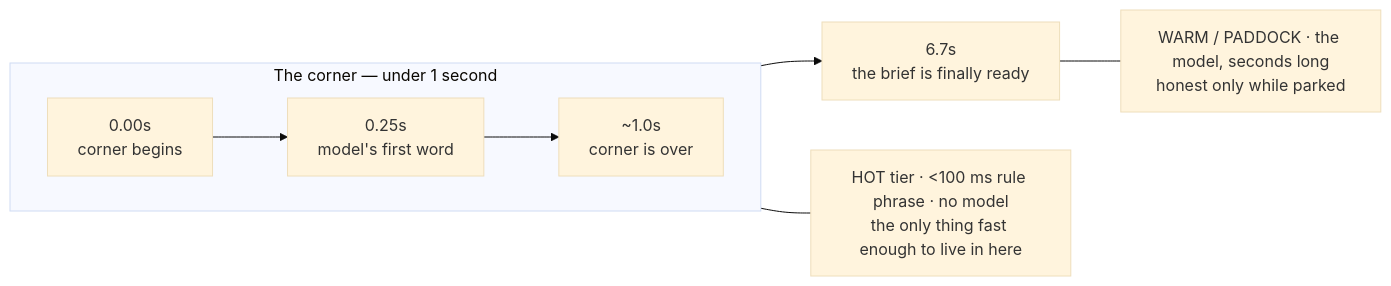
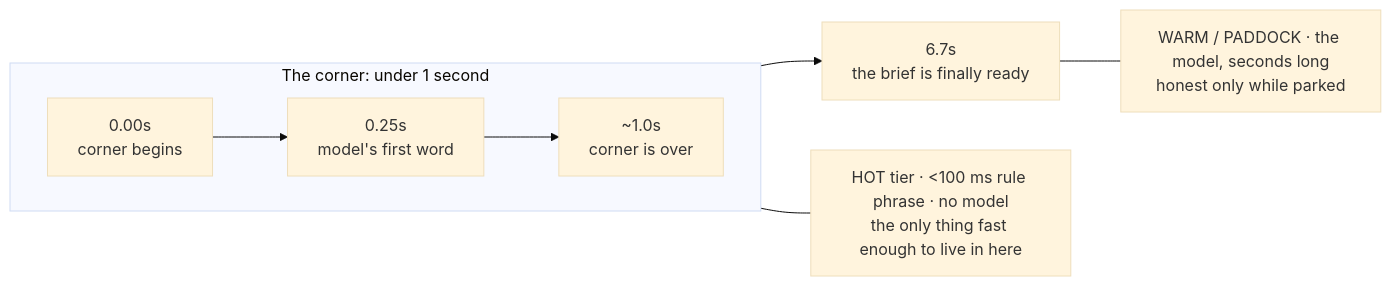
The fifth of 9 diagrams in docs/essays/trusted-at-130mph.md (mlnomadpy/trustable-ai-superapp), drawn with Mermaid (base theme) before and after one commit. The commit also changed other lines of this file, not shown here.

````diff
--- a/docs/essays/trusted-at-130mph.md
+++ b/docs/essays/trusted-at-130mph.md
@@ -134,10 +134,10 @@
 ```mermaid
 flowchart LR
-    subgraph Corner["The corner — under 1 second"]
+    subgraph Corner["The corner: under 1 second"]
         direction LR
         T0[0.00s<br/>corner begins] --> T1[0.25s<br/>model's first word] --> T2[~1.0s<br/>corner is over]
     end
     T2 --> T3[6.7s<br/>the brief is finally ready]
     Corner --- HOT["HOT tier · &lt;100 ms rule phrase · no model<br/>the only thing fast enough to live in here"]
     T3 --- SLOW["WARM / PADDOCK · the model, seconds long<br/>honest only while parked"]
 ```
````
